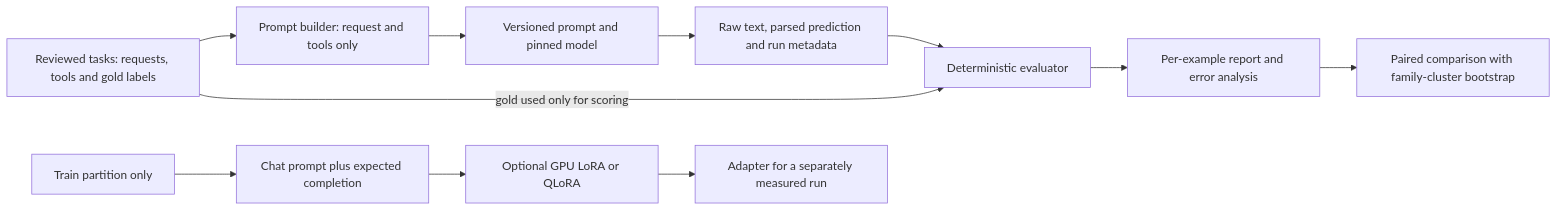
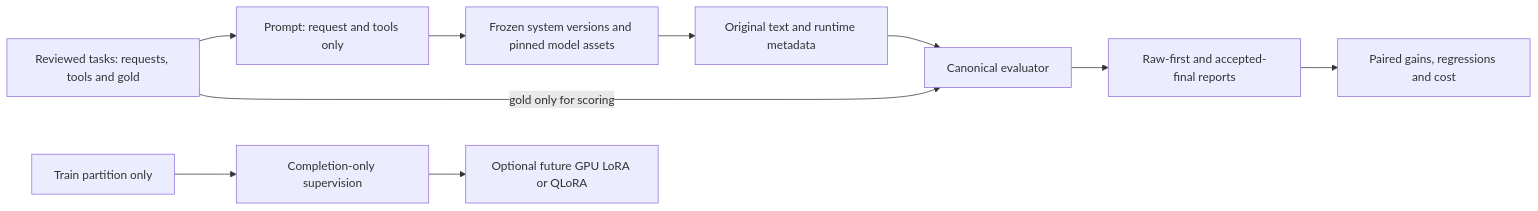
Before and after one commit to manjunadhgude/TuneBench: the second of 2 diagrams in docs/architecture.md, drawn with Mermaid. The commit also changed other lines of this file and 35 other files, not shown here.

Commit message:
Preserve completed model comparison and intermediate quality evidence

````diff
--- a/docs/architecture.md
+++ b/docs/architecture.md
@@ -66,13 +98,12 @@
 ```mermaid
 flowchart LR
-    Data[Reviewed tasks: requests, tools and gold labels] --> Inputs[Prompt builder: request and tools only]
-    Inputs --> Model[Versioned prompt and pinned model]
-    Model --> Predictions[Raw text, parsed prediction and run metadata]
-    Predictions --> Score[Deterministic evaluator]
-    Data -->|gold used only for scoring| Score
-    Score --> Report[Per-example report and error analysis]
-    Report --> Compare[Paired comparison with family-cluster bootstrap]
-    Train[Train partition only] --> Supervision[Chat prompt plus expected completion]
-    Supervision --> Optional[Optional GPU LoRA or QLoRA]
-    Optional --> Adapter[Adapter for a separately measured run]
+    Data[Reviewed tasks: requests, tools and gold] --> Inputs[Prompt: request and tools only]
+    Inputs --> Systems[Frozen system versions and pinned model assets]
+    Systems --> Raw[Original text and runtime metadata]
+    Raw --> Score[Canonical evaluator]
+    Data -->|gold only for scoring| Score
+    Score --> Reports[Raw-first and accepted-final reports]
+    Reports --> Compare[Paired gains, regressions and cost]
+    Train[Train partition only] --> Export[Completion-only supervision]
+    Export --> Optional[Optional future GPU LoRA or QLoRA]
 ```
````
